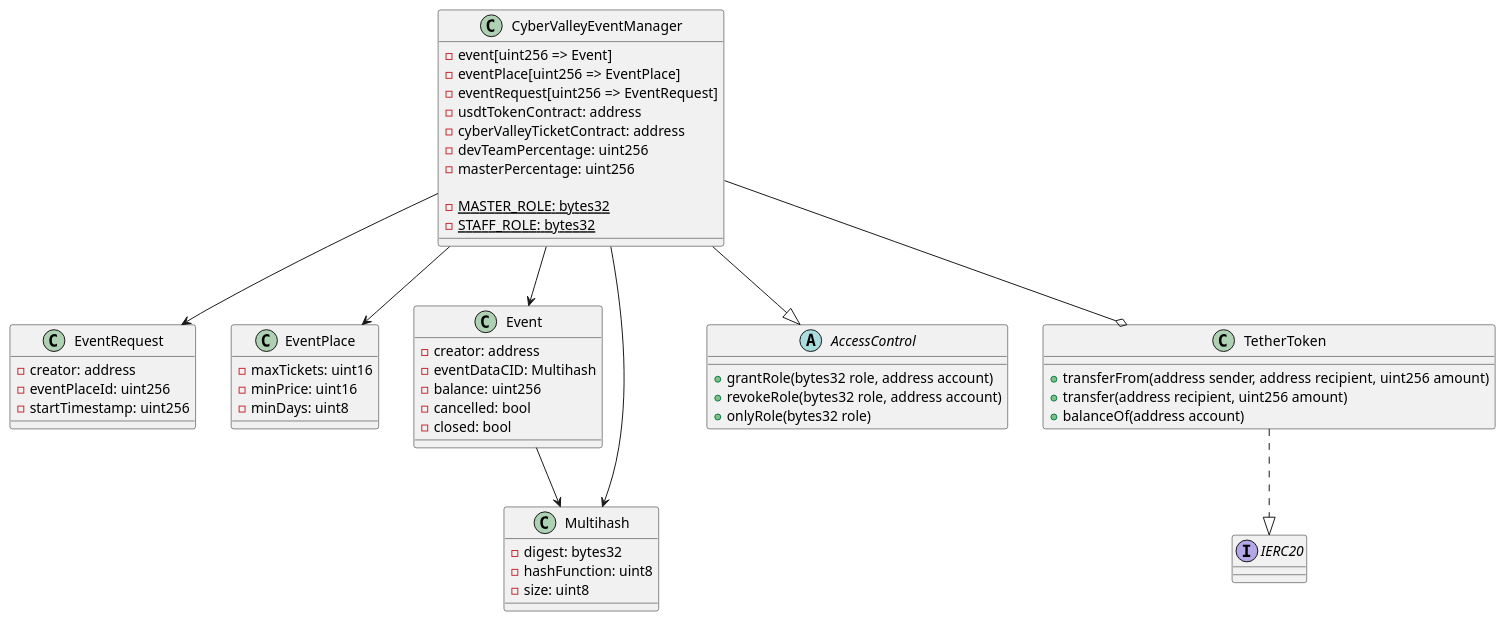
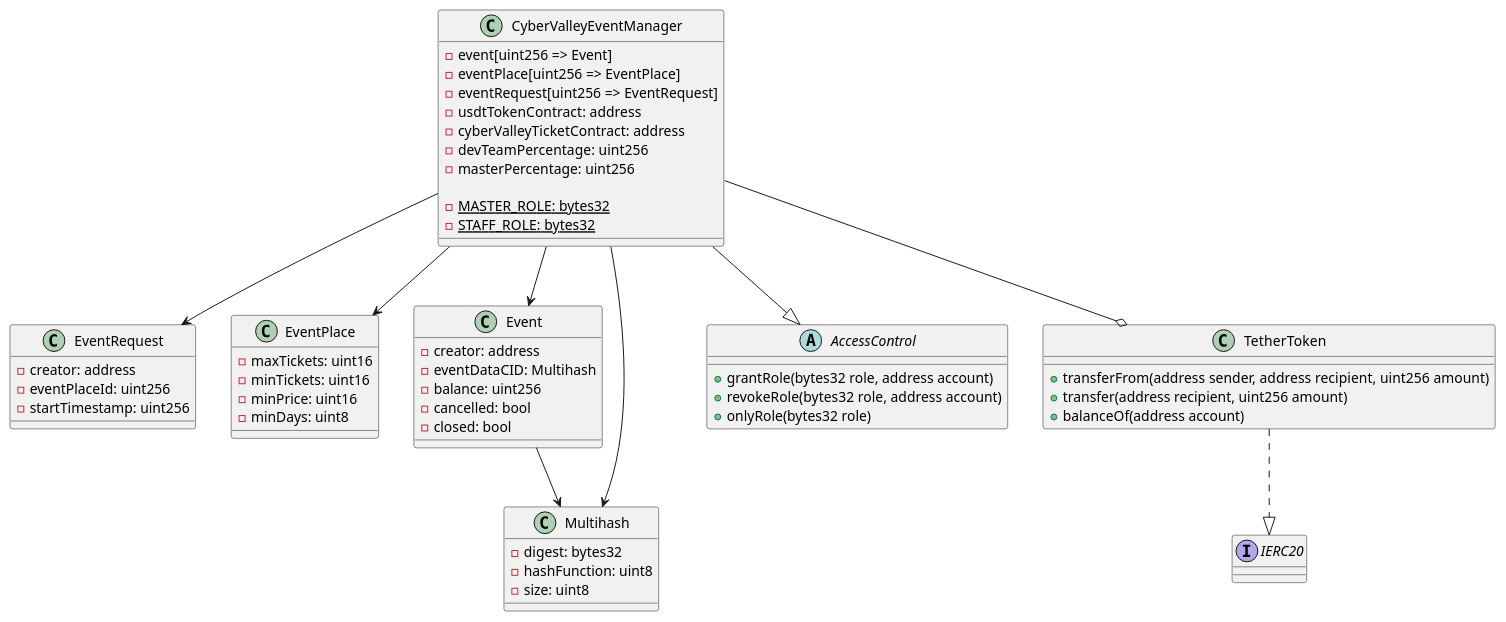
Diagram 19 of 25 in README.org (ai-shift/cyber-valley-tickets), drawn with PlantUML before and after one commit. The commit also changed other lines of this file and 9 other files, not shown here.

```diff
--- a/README.org
+++ b/README.org
@@ -480,63 +477,64 @@
 #+begin_src plantuml :file ./img/event-manager.png
 class CyberValleyEventManager {
   - event[uint256 => Event]
   - eventPlace[uint256 => EventPlace]
   - eventRequest[uint256 => EventRequest]
   - usdtTokenContract: address
   - cyberValleyTicketContract: address
   - devTeamPercentage: uint256
   - masterPercentage: uint256
 
   - {static} MASTER_ROLE: bytes32
   - {static} STAFF_ROLE: bytes32
 }
 
 class EventRequest {
   - creator: address
   - eventPlaceId: uint256
   - startTimestamp: uint256
 }
 
 class EventPlace {
   - maxTickets: uint16
+  - minTickets: uint16
   - minPrice: uint16
   - minDays: uint8
 }
 
 class Event {
   - creator: address
   - eventDataCID: Multihash
   - balance: uint256
   - cancelled: bool
   - closed: bool
 }
 
 class Multihash {
   - digest: bytes32
   - hashFunction: uint8
   - size: uint8
 }
 
 abstract class AccessControl {
   + grantRole(bytes32 role, address account)
   + revokeRole(bytes32 role, address account)
   + onlyRole(bytes32 role)
 }
 
 class TetherToken {
   + transferFrom(address sender, address recipient, uint256 amount)
   + transfer(address recipient, uint256 amount)
   + balanceOf(address account)
 }
 
 interface IERC20 {}
 
 CyberValleyEventManager --|> AccessControl
 CyberValleyEventManager --> EventRequest
 CyberValleyEventManager --> EventPlace
 CyberValleyEventManager --> Event
 CyberValleyEventManager --> Multihash
 CyberValleyEventManager --o TetherToken
 TetherToken ..|> IERC20
 Event --> Multihash
 #+end_src
```
